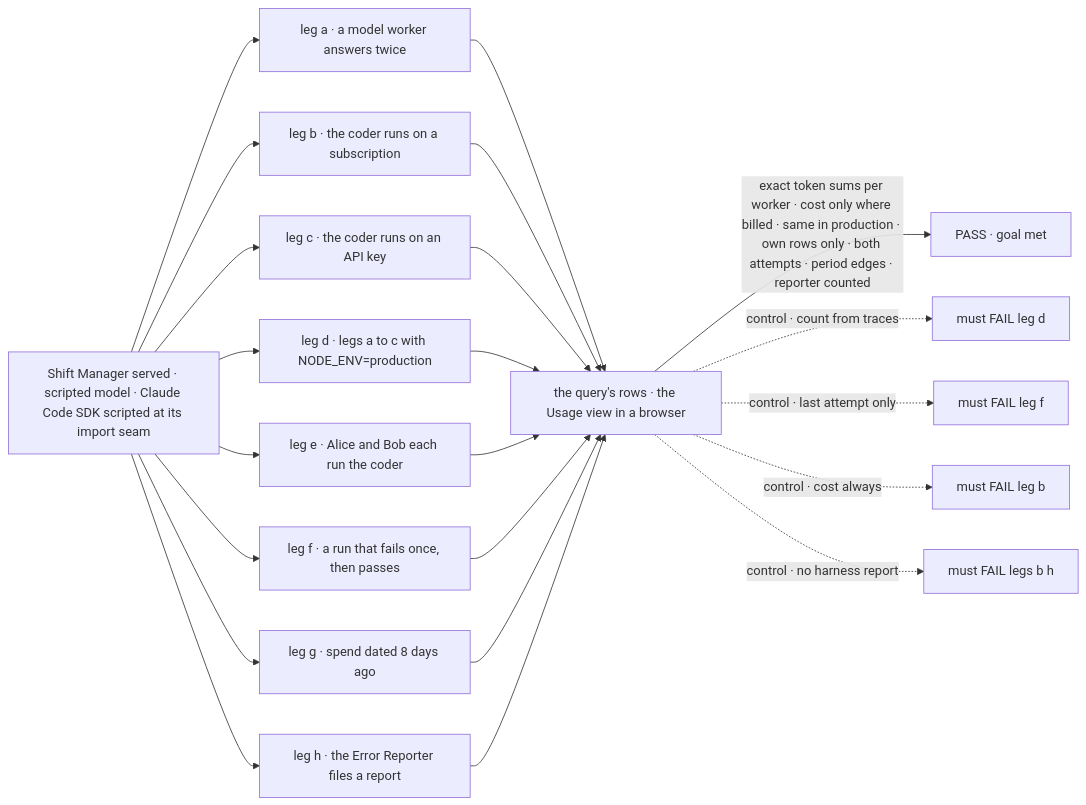
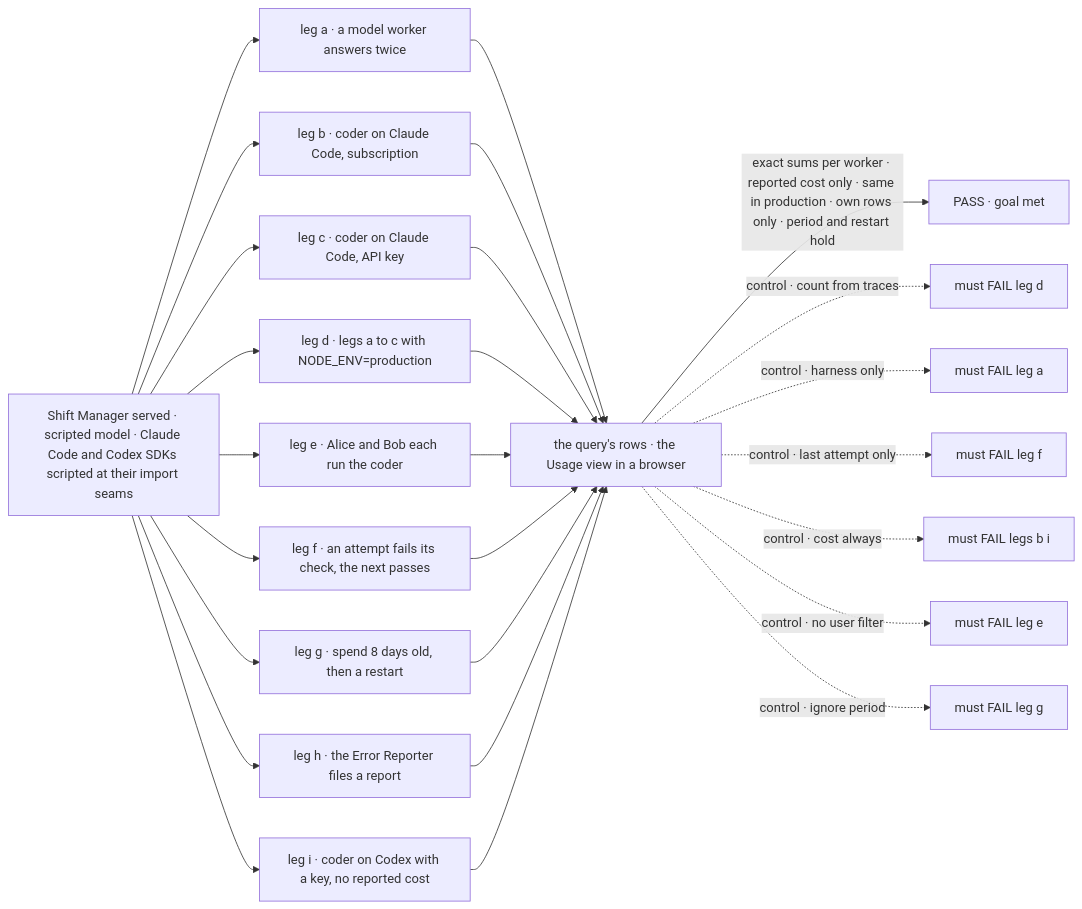
The first of 2 diagrams in specs/issues/FIX-2145/SPEC.md (fixpoint-labs/flow-state-dev), drawn with Mermaid before and after one commit. The commit also changed other lines of this file and 2 other files, not shown here.

First line of the commit message:
spec(FIX-2145): fold analysis and goal-check findings

````diff
--- a/specs/issues/FIX-2145/SPEC.md
+++ b/specs/issues/FIX-2145/SPEC.md
@@ -29,24 +29,28 @@
 ```mermaid
 flowchart LR
-  A["Shift Manager served · scripted model · Claude Code SDK scripted at its import seam"] --> L1["leg a · a model worker answers twice"]
-  A --> L2["leg b · the coder runs on a subscription"]
-  A --> L3["leg c · the coder runs on an API key"]
+  A["Shift Manager served · scripted model · Claude Code and Codex SDKs scripted at their import seams"] --> L1["leg a · a model worker answers twice"]
+  A --> L2["leg b · coder on Claude Code, subscription"]
+  A --> L3["leg c · coder on Claude Code, API key"]
   A --> L4["leg d · legs a to c with NODE_ENV=production"]
   A --> L5["leg e · Alice and Bob each run the coder"]
-  A --> L6["leg f · a run that fails once, then passes"]
-  A --> L7["leg g · spend dated 8 days ago"]
+  A --> L6["leg f · an attempt fails its check, the next passes"]
+  A --> L7["leg g · spend 8 days old, then a restart"]
   A --> L8["leg h · the Error Reporter files a report"]
+  A --> L9["leg i · coder on Codex with a key, no reported cost"]
   L1 --> R["the query's rows · the Usage view in a browser"]
   L2 --> R
   L3 --> R
   L4 --> R
   L5 --> R
   L6 --> R
   L7 --> R
   L8 --> R
-  R -->|"exact token sums per worker · cost only where billed · same in production · own rows only · both attempts · period edges · reporter counted"| P["PASS · goal met"]
+  L9 --> R
+  R -->|"exact sums per worker · reported cost only · same in production · own rows only · period and restart hold"| P["PASS · goal met"]
   R -.->|"control · count from traces"| F1["must FAIL leg d"]
-  R -.->|"control · last attempt only"| F2["must FAIL leg f"]
-  R -.->|"control · cost always"| F3["must FAIL leg b"]
-  R -.->|"control · no harness report"| F4["must FAIL legs b h"]
+  R -.->|"control · harness only"| F2["must FAIL leg a"]
+  R -.->|"control · last attempt only"| F3["must FAIL leg f"]
+  R -.->|"control · cost always"| F4["must FAIL legs b i"]
+  R -.->|"control · no user filter"| F5["must FAIL leg e"]
+  R -.->|"control · ignore period"| F6["must FAIL leg g"]
 ```
````
